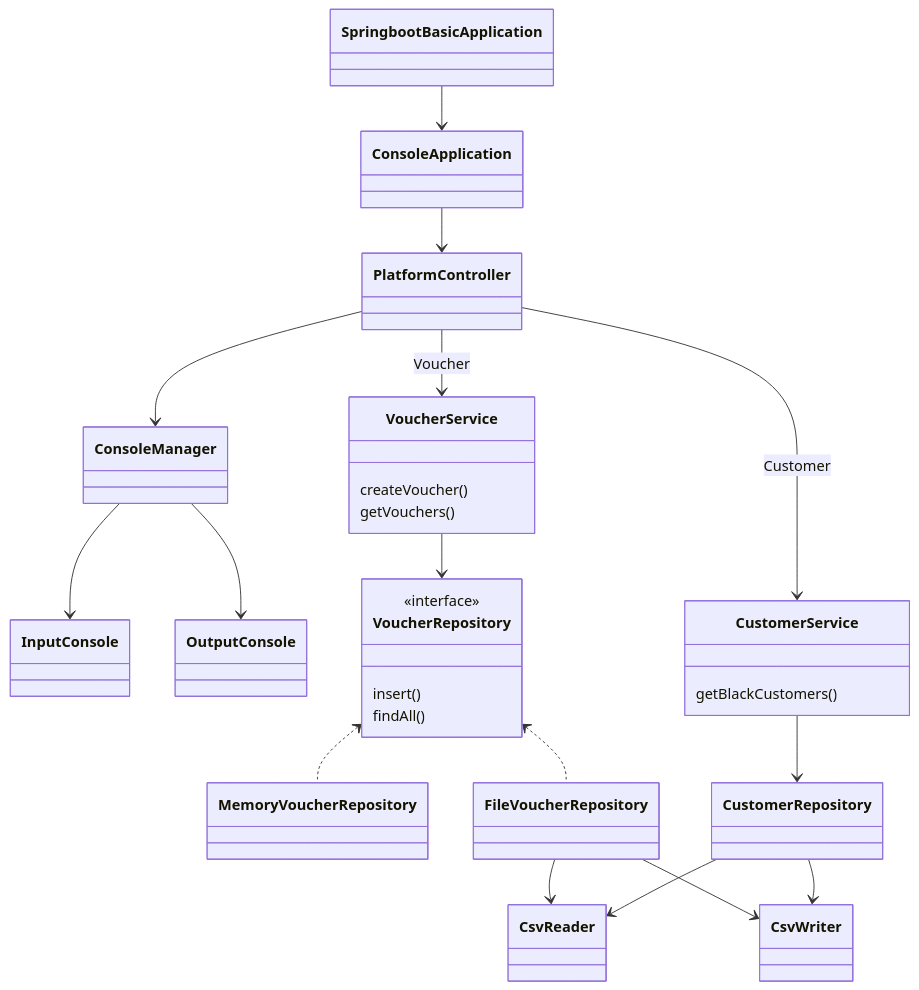
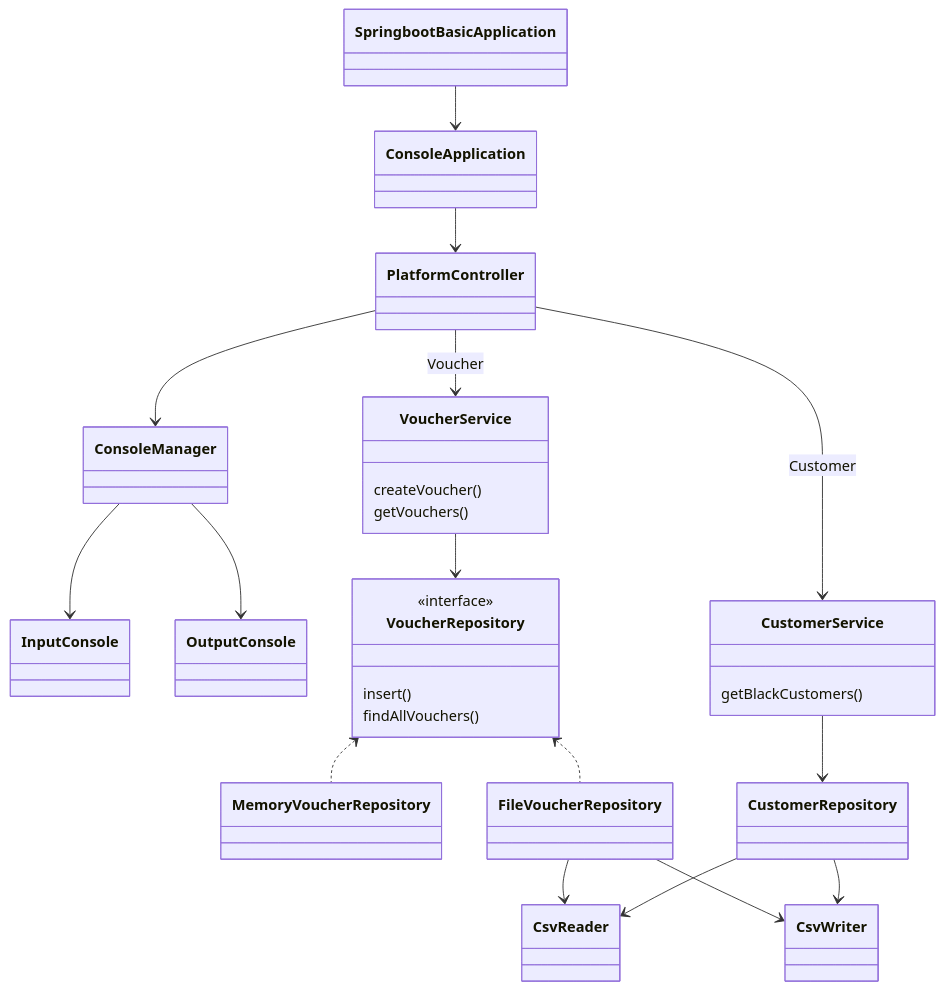
Before and after one commit to prgrms-be-devcourse/springboot-basic: the diagram in application.mermaid, drawn with Mermaid. The commit also changed 7 other files, not shown here.

```diff
--- a/application.mermaid
+++ b/application.mermaid
@@ -1,46 +1,46 @@
 classDiagram
 
     %% Controller
     class SpringbootBasicApplication
     class ConsoleApplication
     class PlatformController
     SpringbootBasicApplication --> ConsoleApplication
     ConsoleApplication --> PlatformController
 
     %% IO
     class ConsoleManager
     class InputConsole
     class OutputConsole
     ConsoleManager --> InputConsole
     ConsoleManager --> OutputConsole
     PlatformController --> ConsoleManager
 
     %% Service
     class VoucherService {
         createVoucher()
         getVouchers()
     }
     class CustomerService {
         getBlackCustomers()
     }
     PlatformController --> VoucherService : Voucher
     PlatformController --> CustomerService : Customer
 
     %% Repository
     class VoucherRepository {
         <<interface>>
         insert()
-        findAll()
+        findAllVouchers()
     }
     VoucherService --> VoucherRepository
     class MemoryVoucherRepository
     class FileVoucherRepository
     FileVoucherRepository --> CsvReader
     FileVoucherRepository --> CsvWriter
     VoucherRepository <.. MemoryVoucherRepository
     VoucherRepository <.. FileVoucherRepository
 
     class CustomerRepository
     CustomerRepository --> CsvReader
     CustomerRepository --> CsvWriter
     CustomerService --> CustomerRepository
```
